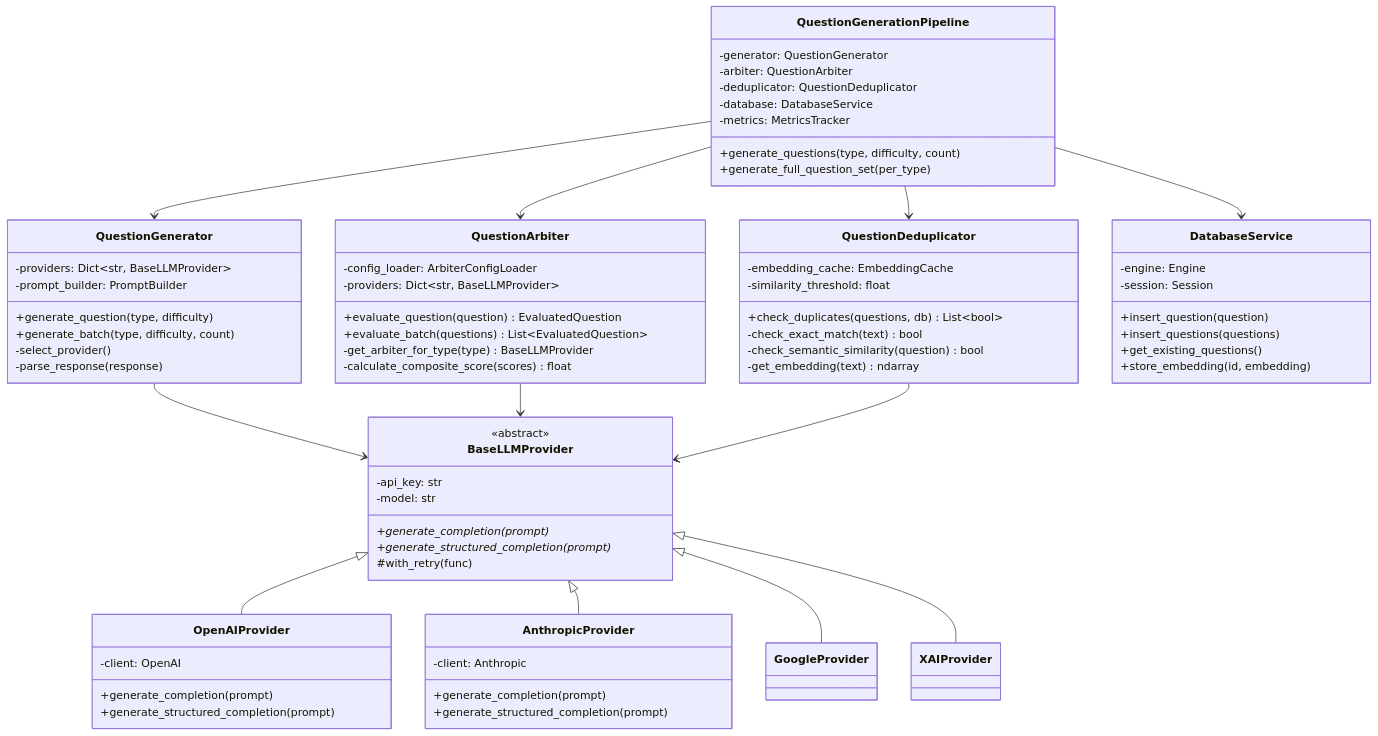
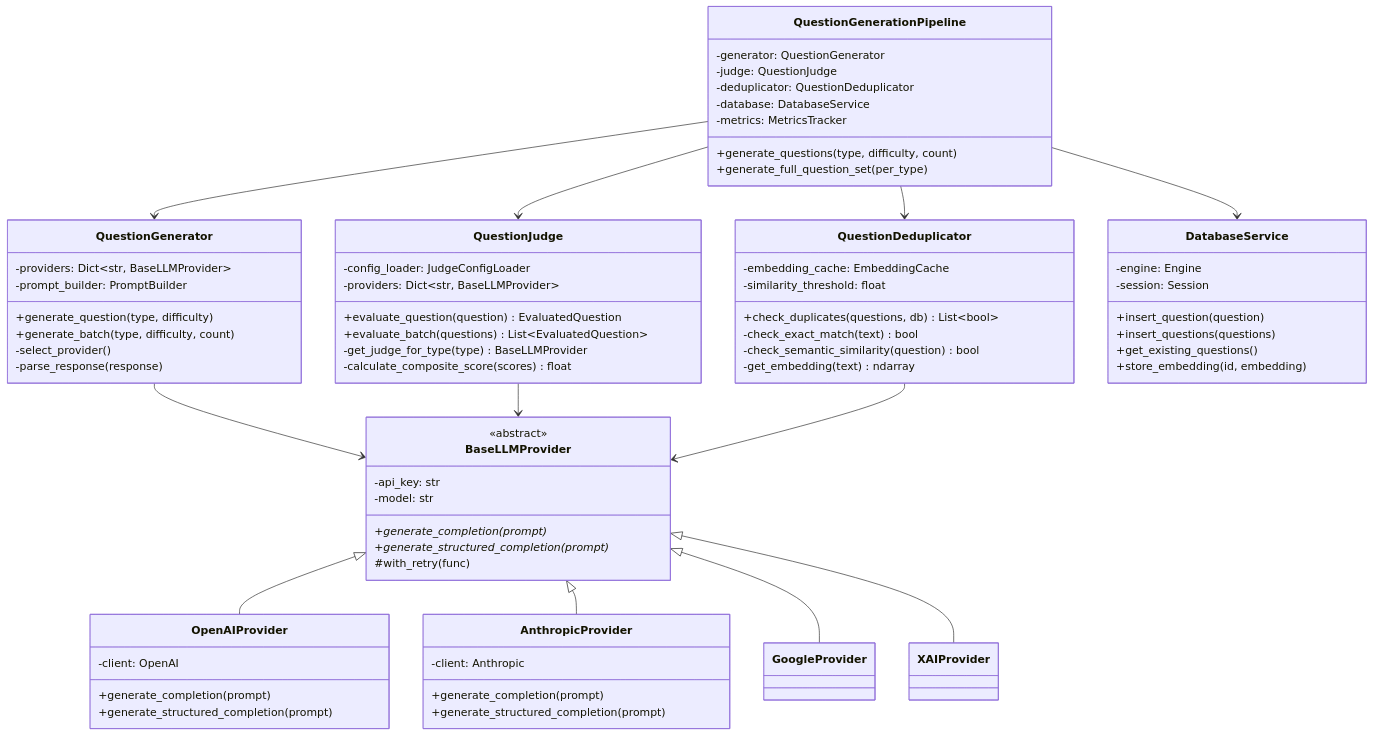
One commit to gioe/aiq changed the fifth of 15 diagrams in question-service/docs/ARCHITECTURE.md. Above: the diagram before and after it, drawn with Mermaid. The commit also changed other lines of this file and 58 other files, not shown here.

First line of the commit message:
refactor: Rename arbiter to judge throughout codebase

```diff
--- a/question-service/docs/ARCHITECTURE.md
+++ b/question-service/docs/ARCHITECTURE.md
@@ -289,7 +289,7 @@
 classDiagram
     class QuestionGenerationPipeline {
         -generator: QuestionGenerator
-        -arbiter: QuestionArbiter
+        -judge: QuestionJudge
         -deduplicator: QuestionDeduplicator
         -database: DatabaseService
         -metrics: MetricsTracker
@@ -306,12 +306,12 @@
         -parse_response(response)
     }
 
-    class QuestionArbiter {
-        -config_loader: ArbiterConfigLoader
+    class QuestionJudge {
+        -config_loader: JudgeConfigLoader
         -providers: Dict~str, BaseLLMProvider~
         +evaluate_question(question) EvaluatedQuestion
         +evaluate_batch(questions) List~EvaluatedQuestion~
-        -get_arbiter_for_type(type) BaseLLMProvider
+        -get_judge_for_type(type) BaseLLMProvider
         -calculate_composite_score(scores) float
     }
 
@@ -355,12 +355,12 @@
     }
 
     QuestionGenerationPipeline --> QuestionGenerator
-    QuestionGenerationPipeline --> QuestionArbiter
+    QuestionGenerationPipeline --> QuestionJudge
     QuestionGenerationPipeline --> QuestionDeduplicator
     QuestionGenerationPipeline --> DatabaseService
 
     QuestionGenerator --> BaseLLMProvider
-    QuestionArbiter --> BaseLLMProvider
+    QuestionJudge --> BaseLLMProvider
     QuestionDeduplicator --> BaseLLMProvider
 
     BaseLLMProvider <|-- OpenAIProvider
```
